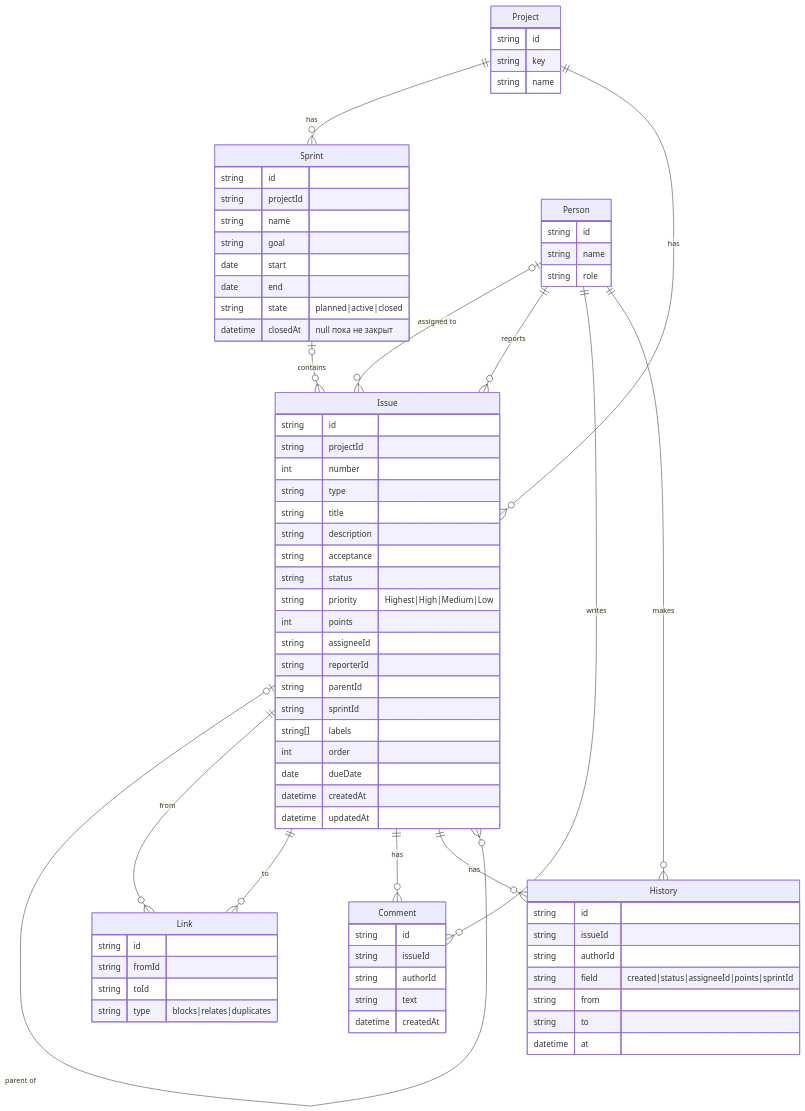
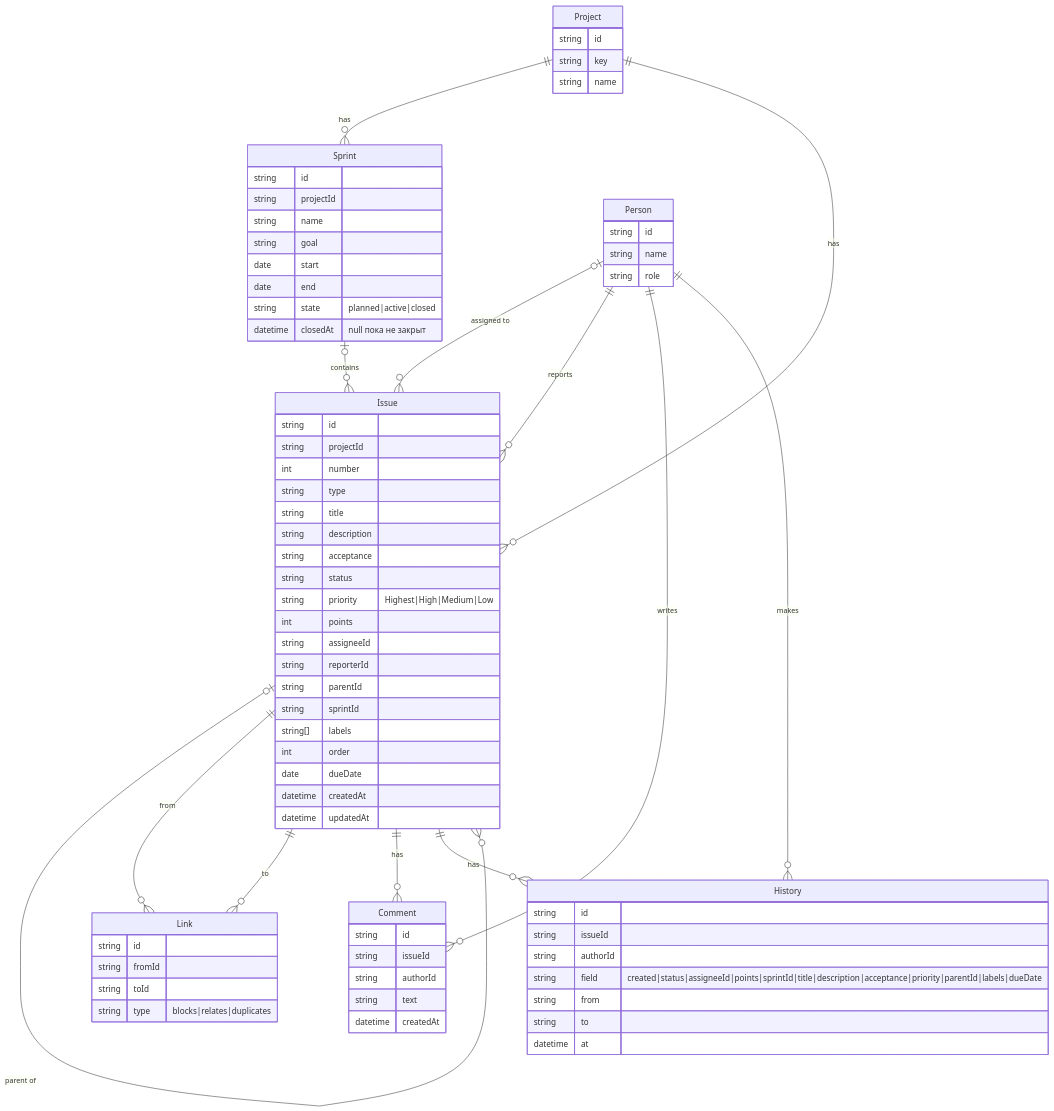
The diagram in docs/data-model.md (TimurNazmutdinov/team-tracker), drawn with Mermaid before and after one commit. The commit also changed other lines of this file and 12 other files, not shown here.

````diff
--- a/docs/data-model.md
+++ b/docs/data-model.md
@@ -60,79 +66,79 @@
 ```mermaid
 erDiagram
     Project ||--o{ Sprint : has
     Project ||--o{ Issue : has
     Sprint |o--o{ Issue : contains
     Person |o--o{ Issue : "assigned to"
     Person ||--o{ Issue : reports
     Issue |o--o{ Issue : "parent of"
     Issue ||--o{ Link : "from"
     Issue ||--o{ Link : "to"
     Issue ||--o{ Comment : has
     Issue ||--o{ History : has
     Person ||--o{ Comment : writes
     Person ||--o{ History : makes
 
     Project {
         string id
         string key
         string name
     }
     Person {
         string id
         string name
         string role
     }
     Sprint {
         string id
         string projectId
         string name
         string goal
         date start
         date end
         string state "planned|active|closed"
         datetime closedAt "null пока не закрыт"
     }
     Issue {
         string id
         string projectId
         int number
         string type
         string title
         string description
         string acceptance
         string status
         string priority "Highest|High|Medium|Low"
         int points
         string assigneeId
         string reporterId
         string parentId
         string sprintId
         string[] labels
         int order
         date dueDate
         datetime createdAt
         datetime updatedAt
     }
     Link {
         string id
         string fromId
         string toId
         string type "blocks|relates|duplicates"
     }
     Comment {
         string id
         string issueId
         string authorId
         string text
         datetime createdAt
     }
     History {
         string id
         string issueId
         string authorId
-        string field "created|status|assigneeId|points|sprintId"
+        string field "created|status|assigneeId|points|sprintId|title|description|acceptance|priority|parentId|labels|dueDate"
         string from
         string to
         datetime at
     }
 ```
````
